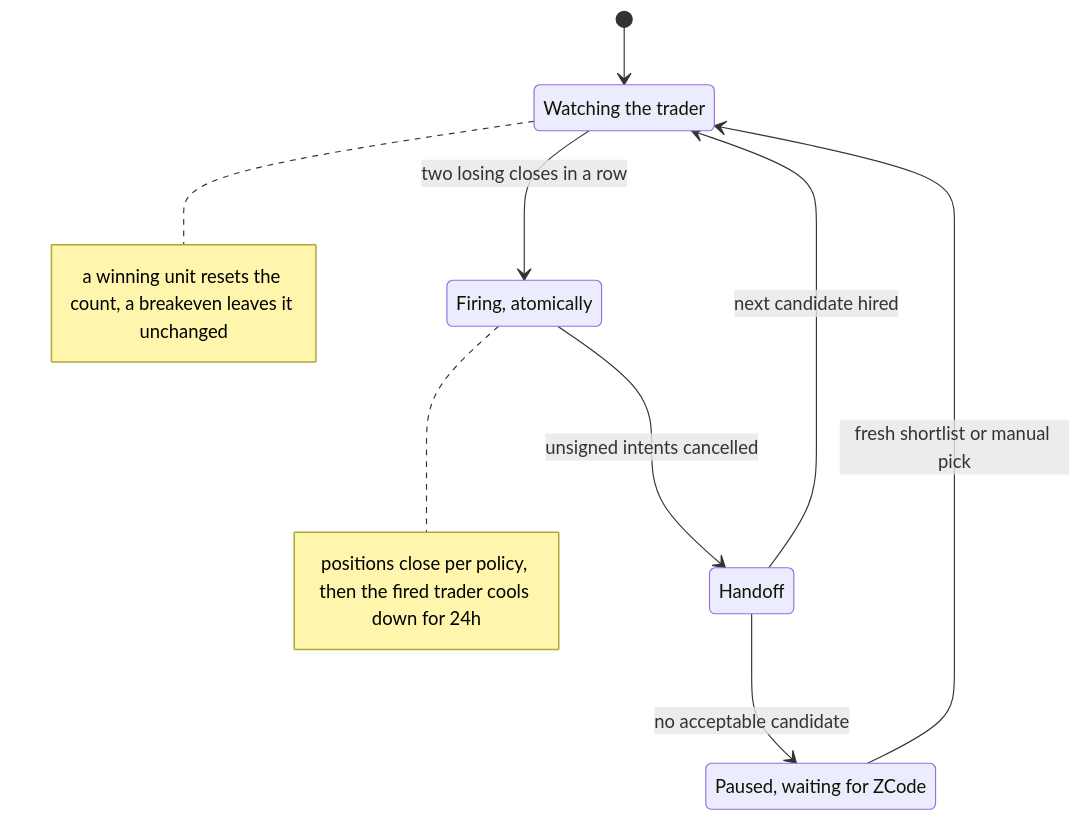
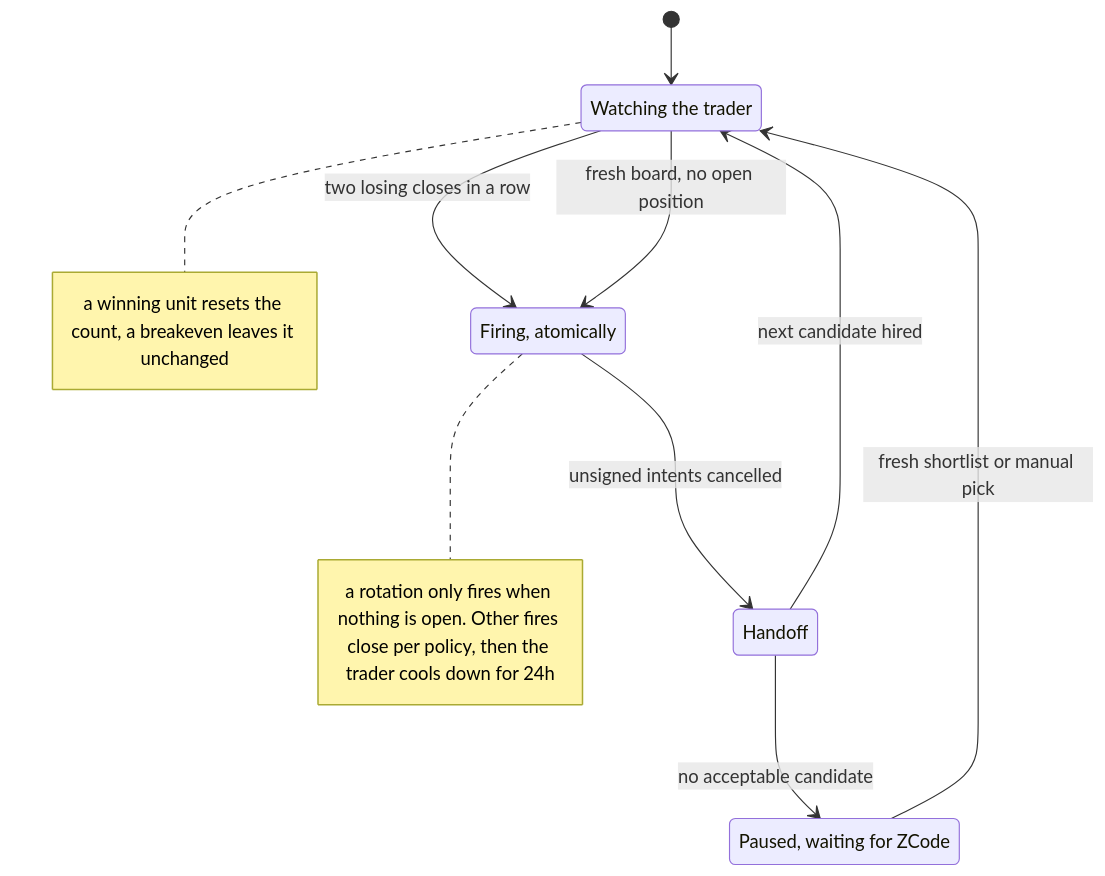
The diagram in docs/diagrams/firing-handoff.mmd (RuneL89/zcode-copytrade-bot), drawn with Mermaid before and after one commit. The commit also changed 34 other files, not shown here.

```diff
--- a/docs/diagrams/firing-handoff.mmd
+++ b/docs/diagrams/firing-handoff.mmd
@@ -1,14 +1,15 @@
 %% Render: ~/.zcode/tools/mermaid-render/render.sh -i firing-handoff.mmd -o ../images/firing-handoff.png -b white -s 2 -w 1600
 stateDiagram-v2
     [*] --> Watching
     Watching --> Firing: two losing closes in a row
+    Watching --> Firing: fresh board, no open position
     Firing --> Handoff: unsigned intents cancelled
     Handoff --> Watching: next candidate hired
     Handoff --> Paused: no acceptable candidate
     Paused --> Watching: fresh shortlist or manual pick
     note right of Watching : a winning unit resets the count, a breakeven leaves it unchanged
-    note right of Firing : positions close per policy, then the fired trader cools down for 24h
+    note right of Firing : a rotation only fires when nothing is open. Other fires close per policy, then the trader cools down for 24h
     state "Watching the trader" as Watching
     state "Firing, atomically" as Firing
     state "Handoff" as Handoff
     state "Paused, waiting for ZCode" as Paused
```
